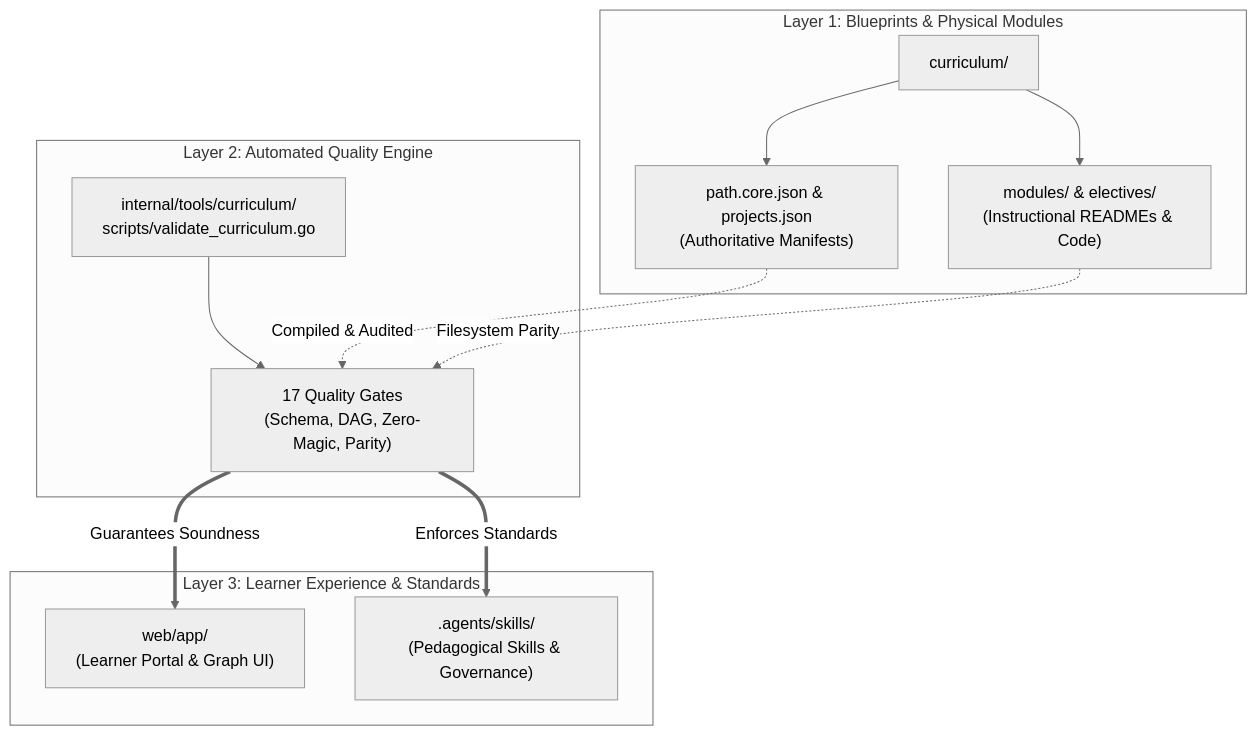
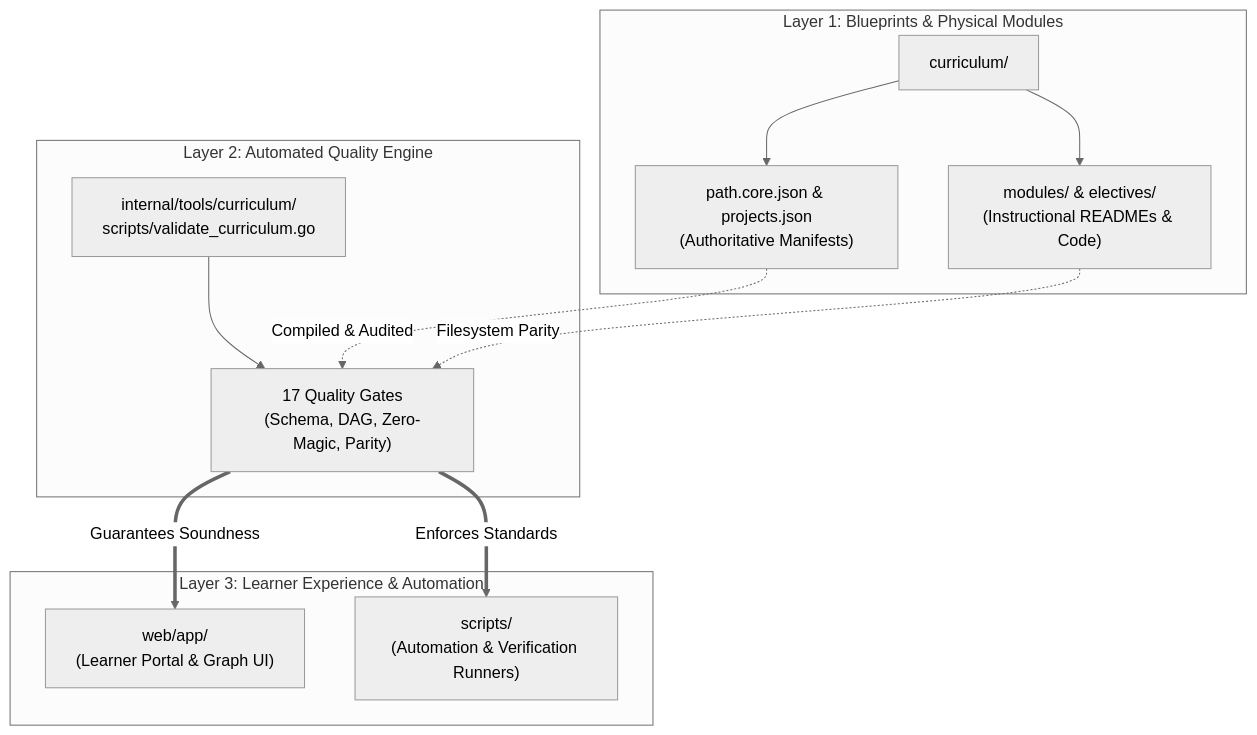
Before and after one commit to swe-labs/the-go-engineer: the diagram in curriculum/modules/00-orientation/lessons/01-how-to-use-this-repository/README.md, drawn with Mermaid (neutral theme). The commit also changed other lines of this file and 7 other files, not shown here.

````diff
--- a/curriculum/modules/00-orientation/lessons/01-how-to-use-this-repository/README.md
+++ b/curriculum/modules/00-orientation/lessons/01-how-to-use-this-repository/README.md
@@ -36,26 +36,26 @@
 ```mermaid
 flowchart TD
     subgraph Storage ["Layer 1: Blueprints & Physical Modules"]
         C["curriculum/"]
         M["path.core.json & projects.json<br/>(Authoritative Manifests)"]
         MOD["modules/ & electives/<br/>(Instructional READMEs & Code)"]
         C --> M
         C --> MOD
     end
 
     subgraph Quality ["Layer 2: Automated Quality Engine"]
         T["internal/tools/curriculum/<br/>scripts/validate_curriculum.go"]
         G["17 Quality Gates<br/>(Schema, DAG, Zero-Magic, Parity)"]
         T --> G
     end
 
-    subgraph Presentation ["Layer 3: Learner Experience & Standards"]
+    subgraph Presentation ["Layer 3: Learner Experience & Automation"]
         W["web/app/<br/>(Learner Portal & Graph UI)"]
-        A[".agents/skills/<br/>(Pedagogical Skills & Governance)"]
+        S["scripts/<br/>(Automation & Verification Runners)"]
     end
 
     M -.->|Compiled & Audited| G
     MOD -.->|Filesystem Parity| G
     G ==>|Guarantees Soundness| W
-    G ==>|Enforces Standards| A
+    G ==>|Enforces Standards| S
 ```
````
